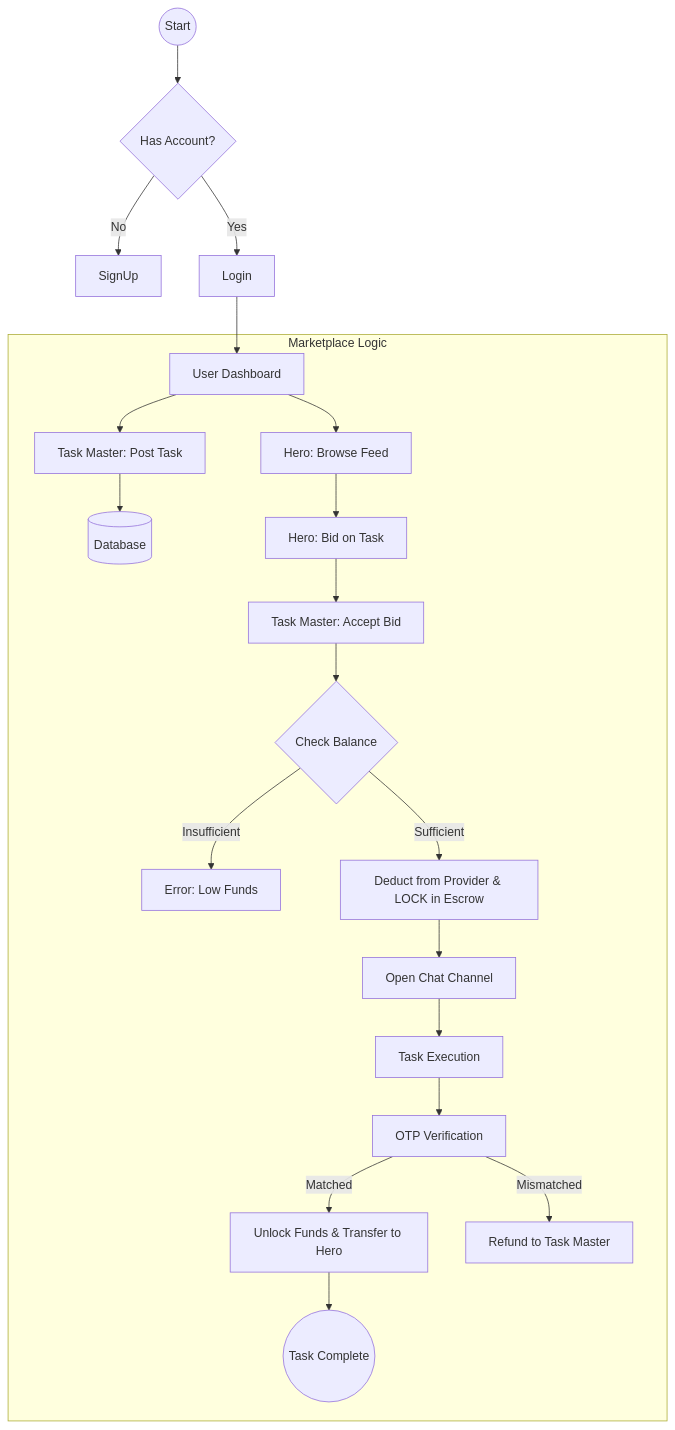
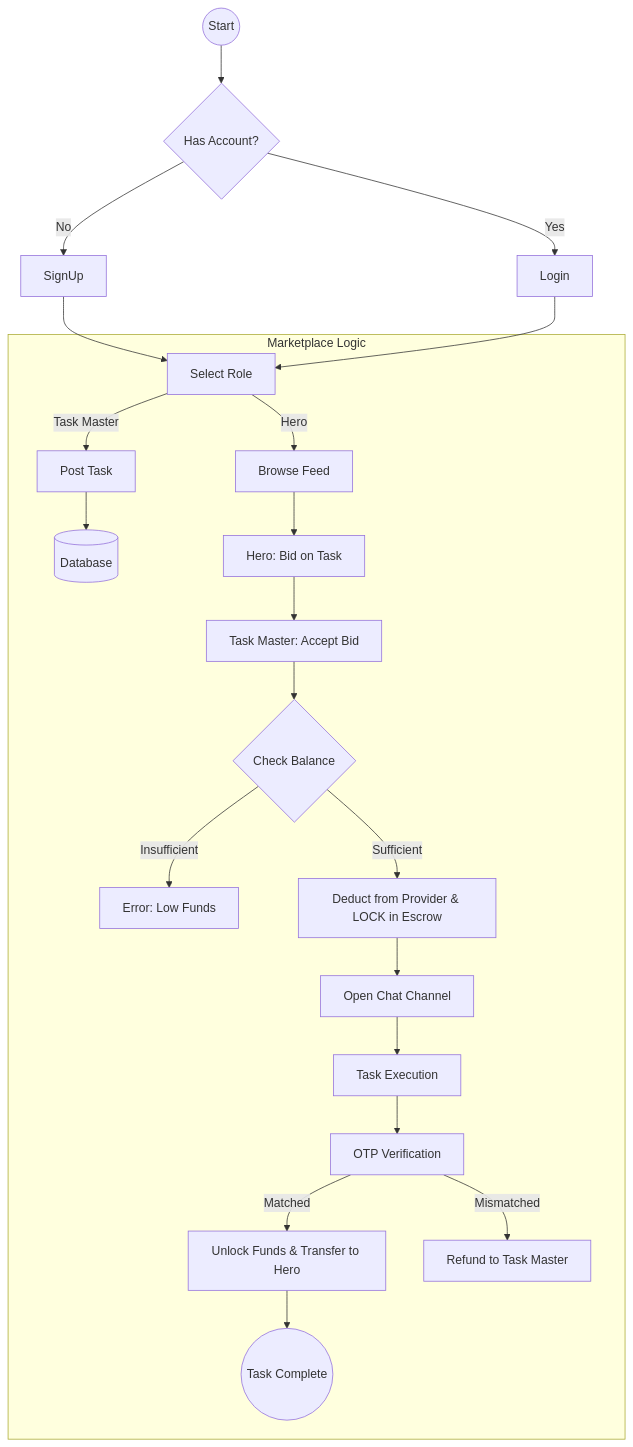
Before and after one commit to arupdhara/arup-demo: the second of 6 diagrams in TECHNICAL_ARCHITECTURE.md, drawn with Mermaid. The commit also changed other lines of this file, not shown here.

````diff
--- a/TECHNICAL_ARCHITECTURE.md
+++ b/TECHNICAL_ARCHITECTURE.md
@@ -15,32 +16,33 @@
 ```mermaid
 graph TD
     Start((Start)) --> Auth{Has Account?}
     Auth -- No --> SignUp
     Auth -- Yes --> Login[Login]
+    SignUp --> Dashboard[Select Role]
     
-    Login --> Dashboard[User Dashboard]
+    Login --> Dashboard[Select Role]
     
     subgraph "Marketplace Logic"
-        Dashboard --> Post[Task Master: Post Task]
-        Dashboard --> Feed[Hero: Browse Feed]
+        Dashboard -- Task Master --> Post[Post Task]
+        Dashboard -- Hero --> Feed[Browse Feed]
         
         Post --> DB[(Database)]
         Feed --> Bid[Hero: Bid on Task]
         
         Bid --> Accept[Task Master: Accept Bid]
         
         %% Financial Step 1
         Accept --> Deduct{Check Balance}
         Deduct -- Insufficient --> Fail[Error: Low Funds]
         Deduct -- Sufficient --> Lock[Deduct from Provider & LOCK in Escrow]
         
         Lock --> Chat[Open Chat Channel]
         Chat --> Execute[Task Execution]
         Execute --> OTP[OTP Verification]
         
         %% Financial Step 2
         OTP -- Matched --> Release[Unlock Funds & Transfer to Hero]
         OTP -- Mismatched --> Denied[Refund to Task Master]
         Release --> Finish((Task Complete))
     end
 ```
````
